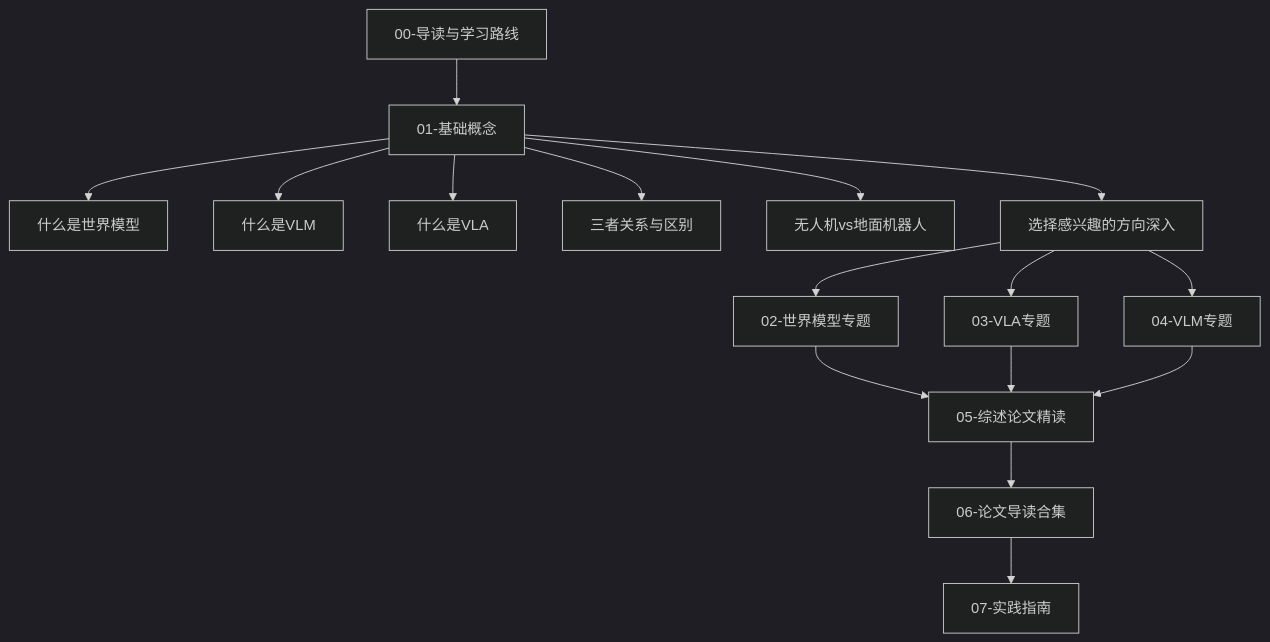
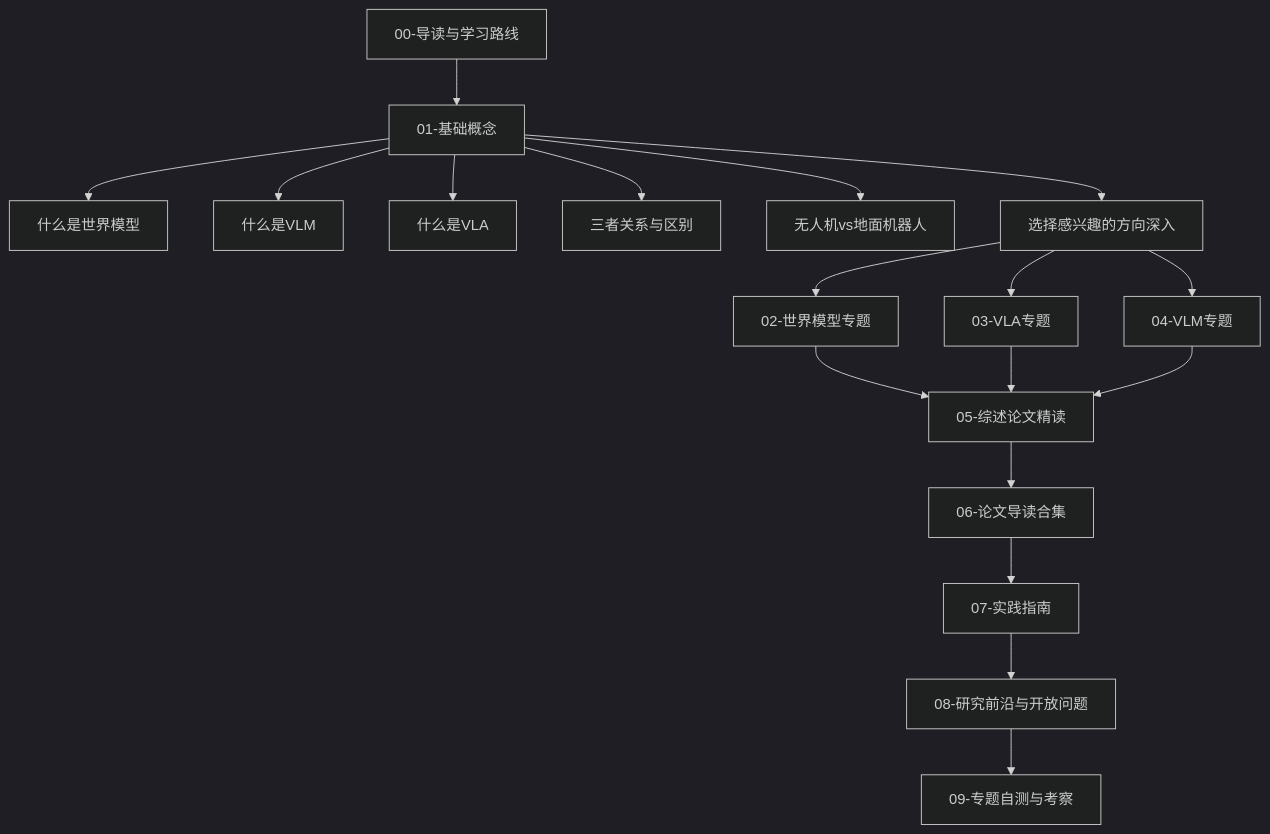
The diagram in README.md (Qxy661/UAV-WM-VLA-Learning), drawn with Mermaid (dark theme) before and after one commit. The commit also changed other lines of this file and 3 other files, not shown here.

````diff
--- a/README.md
+++ b/README.md
@@ -65,21 +77,23 @@
 ```mermaid
 graph TD
     A[00-导读与学习路线] --> B[01-基础概念]
     B --> B1[什么是世界模型]
     B --> B2[什么是VLM]
     B --> B3[什么是VLA]
     B --> B4[三者关系与区别]
     B --> B5[无人机vs地面机器人]
 
     B --> C[选择感兴趣的方向深入]
     C --> D[02-世界模型专题]
     C --> E[03-VLA专题]
     C --> F[04-VLM专题]
 
     D --> G[05-综述论文精读]
     E --> G
     F --> G
 
     G --> H[06-论文导读合集]
     H --> I[07-实践指南]
+    I --> J[08-研究前沿与开放问题]
+    J --> K[09-专题自测与考察]
 ```
````
